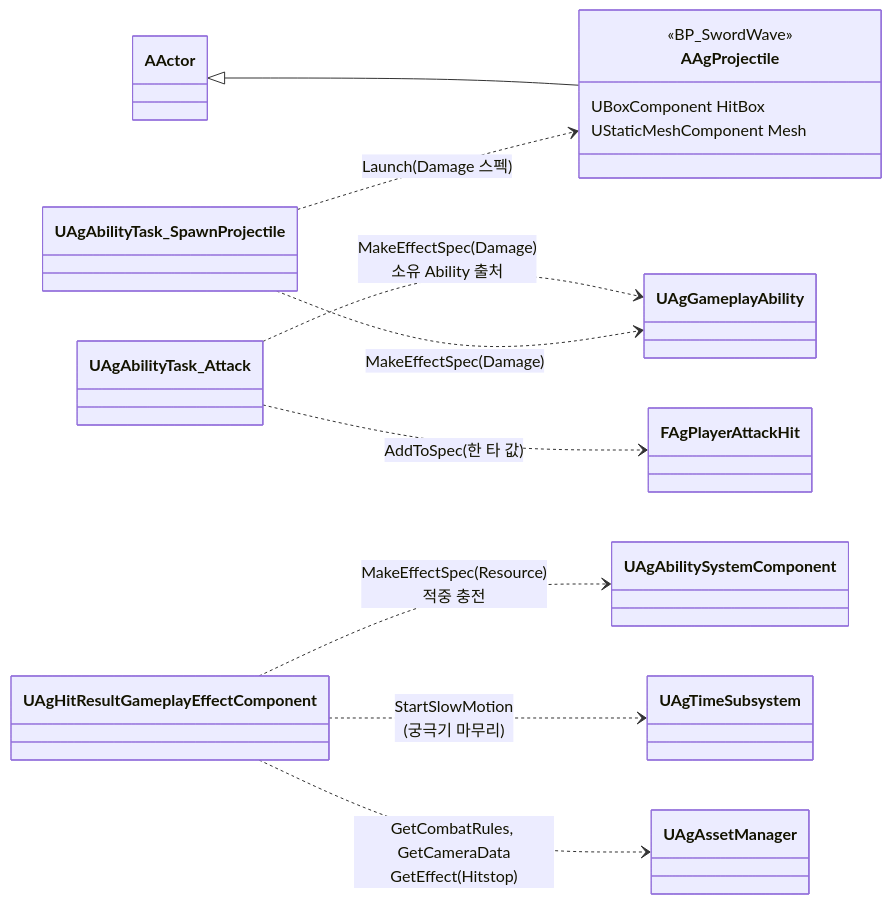
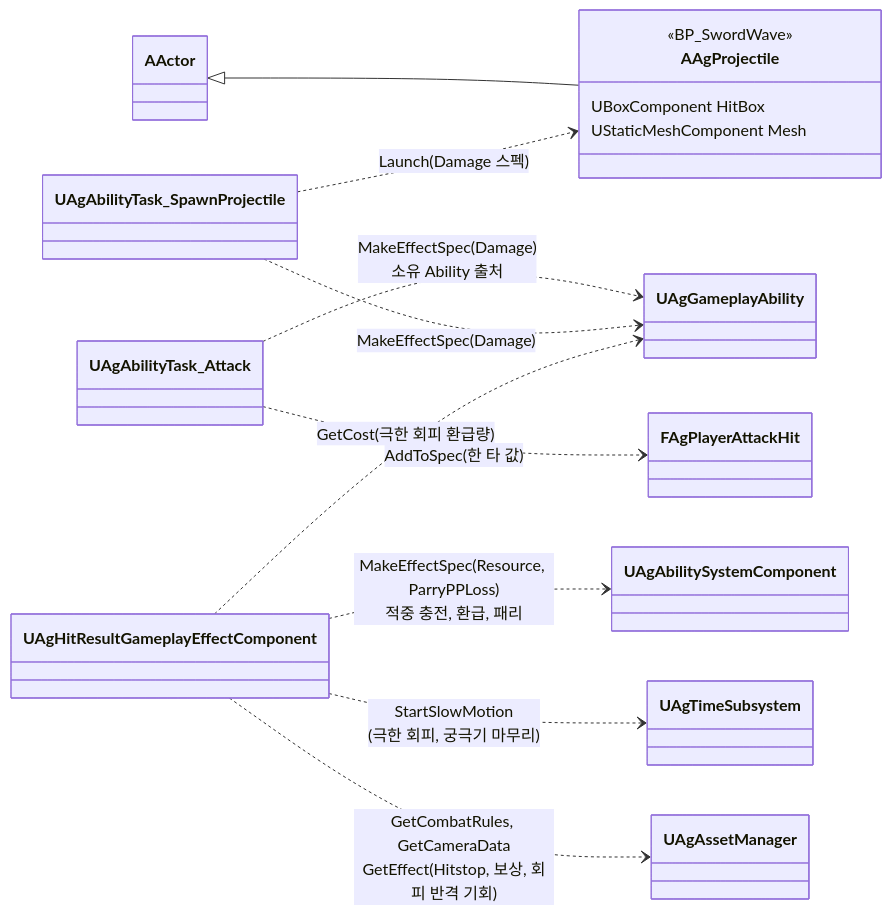
Before and after one commit to Woogl/Ag: the second of 3 diagrams in Docs/Program/대미지와 피격 처리.md, drawn with Mermaid. The commit also changed other lines of this file and 15 other files, not shown here.

````diff
--- a/Docs/Program/대미지와 피격 처리.md
+++ b/Docs/Program/대미지와 피격 처리.md
@@ -51,18 +52,19 @@
 ```mermaid
 classDiagram
     direction LR
     class AAgProjectile {
         <<BP_SwordWave>>
         UBoxComponent HitBox
         UStaticMeshComponent Mesh
     }
     AActor <|-- AAgProjectile
 
     UAgAbilityTask_Attack ..> UAgGameplayAbility : MakeEffectSpec(Damage)<br>소유 Ability 출처
     UAgAbilityTask_Attack ..> FAgPlayerAttackHit : AddToSpec(한 타 값)
     UAgAbilityTask_SpawnProjectile ..> UAgGameplayAbility : MakeEffectSpec(Damage)
     UAgAbilityTask_SpawnProjectile ..> AAgProjectile : Launch(Damage 스펙)
-    UAgHitResultGameplayEffectComponent ..> UAgAbilitySystemComponent : MakeEffectSpec(Resource)<br>적중 충전
-    UAgHitResultGameplayEffectComponent ..> UAgTimeSubsystem : StartSlowMotion<br>(궁극기 마무리)
-    UAgHitResultGameplayEffectComponent ..> UAgAssetManager : GetCombatRules, GetCameraData<br>GetEffect(Hitstop)
+    UAgHitResultGameplayEffectComponent ..> UAgAbilitySystemComponent : MakeEffectSpec(Resource, ParryPPLoss)<br>적중 충전, 환급, 패리
+    UAgHitResultGameplayEffectComponent ..> UAgGameplayAbility : GetCost(극한 회피 환급량)
+    UAgHitResultGameplayEffectComponent ..> UAgTimeSubsystem : StartSlowMotion<br>(극한 회피, 궁극기 마무리)
+    UAgHitResultGameplayEffectComponent ..> UAgAssetManager : GetCombatRules, GetCameraData<br>GetEffect(Hitstop, 보상, 회피 반격 기회)
 ```
````
